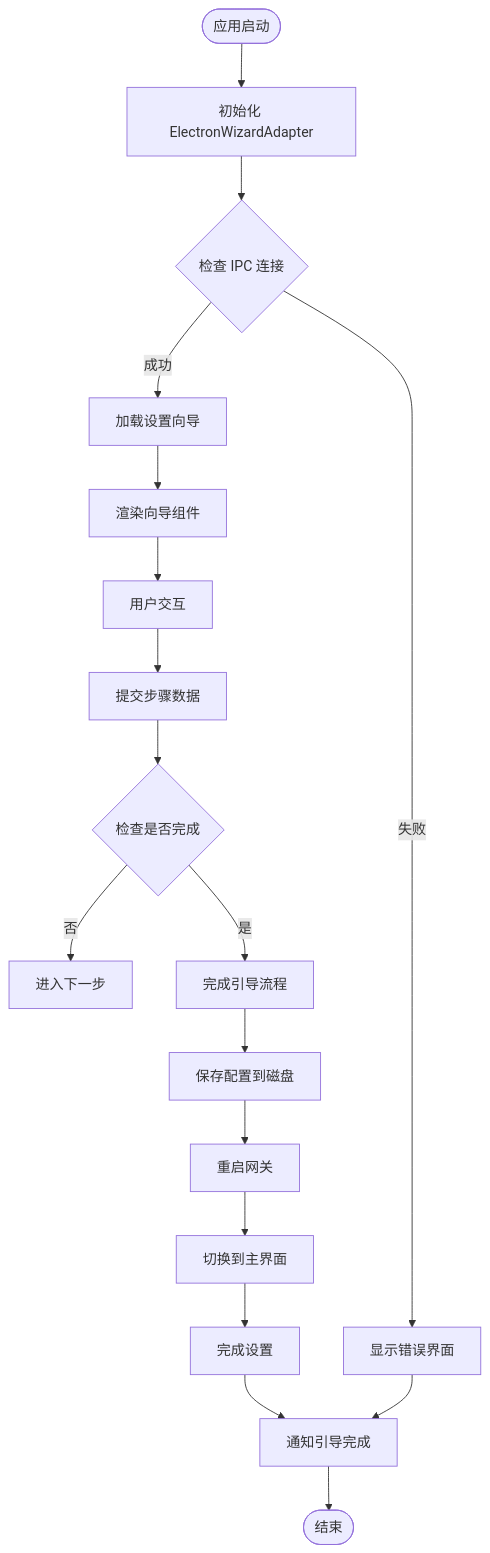
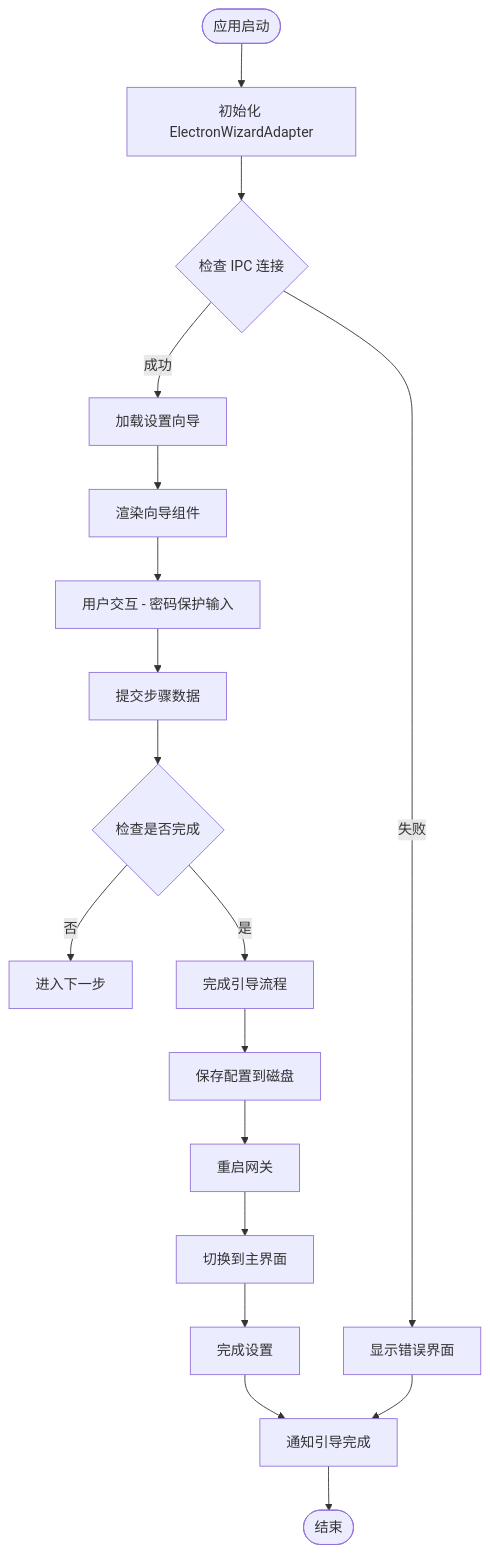
Before and after one commit to verse-ai-org/openclaw: diagram 13 of 13 in .qoder/repowiki/zh/content/设置向导集成指南.md, drawn with Mermaid. The commit also changed other lines of this file and 22 other files, not shown here.

````diff
--- a/.qoder/repowiki/zh/content/设置向导集成指南.md
+++ b/.qoder/repowiki/zh/content/设置向导集成指南.md
@@ -613,20 +614,20 @@
 ```mermaid
 flowchart TD
 Start([应用启动]) --> InitAdapter[初始化 ElectronWizardAdapter]
 InitAdapter --> CheckIPC{检查 IPC 连接}
 CheckIPC --> |成功| LoadWizard[加载设置向导]
 CheckIPC --> |失败| ShowError[显示错误界面]
 ShowError --> NotifyComplete[通知引导完成]
 LoadWizard --> RenderWizard[渲染向导组件]
-RenderWizard --> UserInteraction[用户交互]
+RenderWizard --> UserInteraction[用户交互 - 密码保护输入]
 UserInteraction --> SubmitData[提交步骤数据]
 SubmitData --> CheckDone{检查是否完成}
 CheckDone --> |否| NextStep[进入下一步]
 CheckDone --> |是| FinalizeOnboarding[完成引导流程]
 FinalizeOnboarding --> SaveConfig[保存配置到磁盘]
 SaveConfig --> RestartGateway[重启网关]
 RestartGateway --> SwitchInterface[切换到主界面]
 SwitchInterface --> Complete[完成设置]
 Complete --> NotifyComplete
 NotifyComplete --> End([结束])
 ```
````
